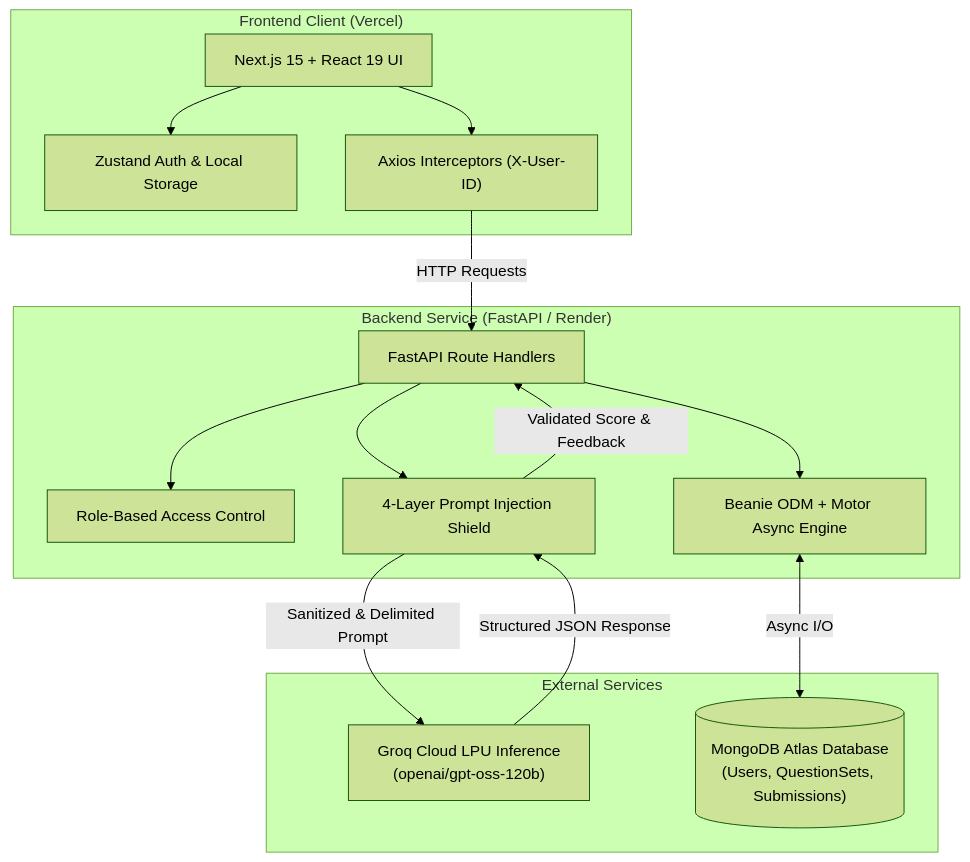
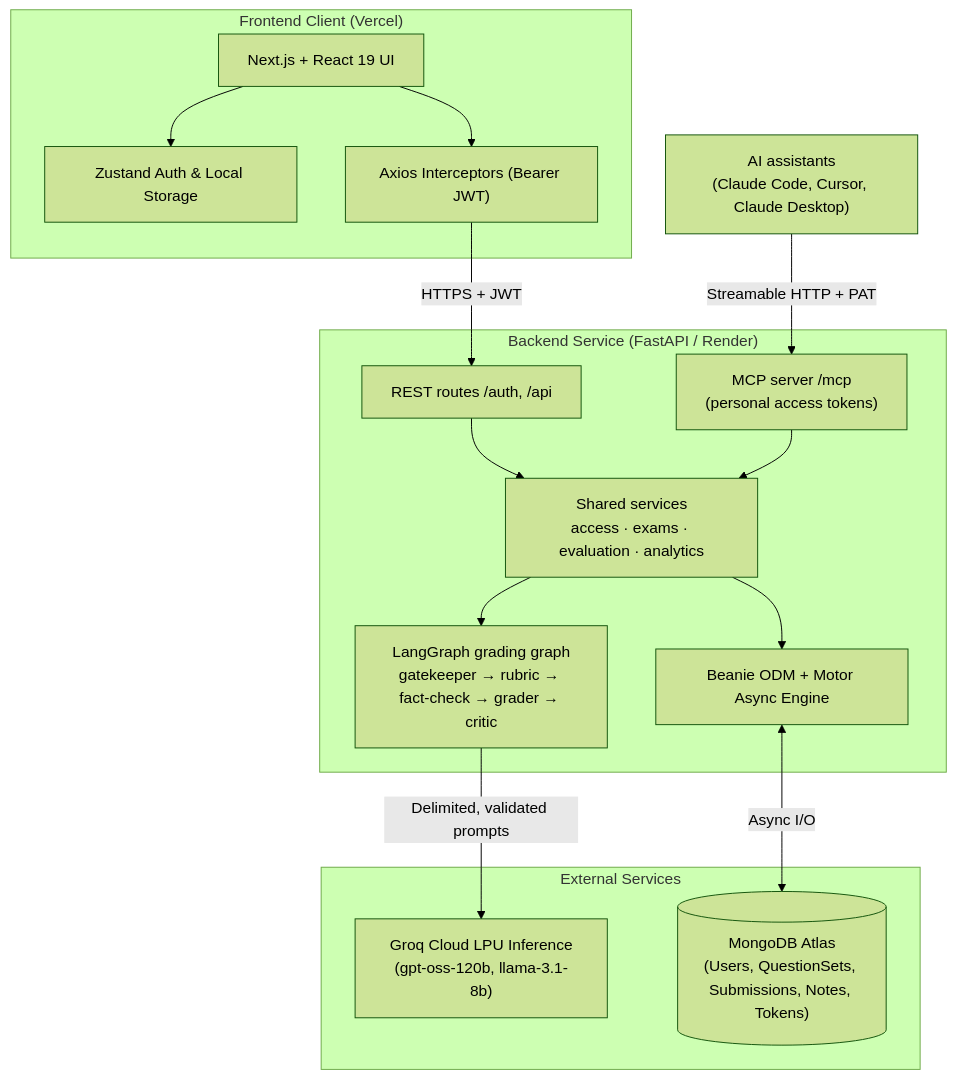
One commit to Ayan13sp/perception changed the diagram in README.md. Above: the diagram before and after it, drawn with Mermaid (forest theme). The commit also changed other lines of this file and 3 other files, not shown here.

````diff
--- a/README.md
+++ b/README.md
@@ -49,31 +49,34 @@
 ```mermaid
 flowchart TD
     subgraph Client["Frontend Client (Vercel)"]
-        UI["Next.js 15 + React 19 UI"]
+        UI["Next.js + React 19 UI"]
         State["Zustand Auth & Local Storage"]
-        Interceptors["Axios Interceptors (X-User-ID)"]
+        Interceptors["Axios Interceptors (Bearer JWT)"]
     end
 
+    Assistants["AI assistants\n(Claude Code, Cursor, Claude Desktop)"]
+
     subgraph Server["Backend Service (FastAPI / Render)"]
-        Router["FastAPI Route Handlers"]
-        AuthMid["Role-Based Access Control"]
-        Defense["4-Layer Prompt Injection Shield"]
+        Router["REST routes /auth, /api"]
+        MCP["MCP server /mcp\n(personal access tokens)"]
+        Services["Shared services\naccess · exams · evaluation · analytics"]
+        Graph["LangGraph grading graph\ngatekeeper → rubric → fact-check → grader → critic"]
         ODM["Beanie ODM + Motor Async Engine"]
     end
 
     subgraph External["External Services"]
-        Groq["Groq Cloud LPU Inference\n(openai/gpt-oss-120b)"]
-        Mongo[("MongoDB Atlas Database\n(Users, QuestionSets, Submissions)")]
+        Groq["Groq Cloud LPU Inference\n(gpt-oss-120b, llama-3.1-8b)"]
+        Mongo[("MongoDB Atlas\n(Users, QuestionSets, Submissions, Notes, Tokens)")]
     end
 
     UI --> State
     UI --> Interceptors
-    Interceptors -->|HTTP Requests| Router
-    Router --> AuthMid
-    Router --> ODM
+    Interceptors -->|HTTPS + JWT| Router
+    Assistants -->|Streamable HTTP + PAT| MCP
+    Router --> Services
+    MCP --> Services
+    Services --> Graph
+    Services --> ODM
     ODM <-->|Async I/O| Mongo
-    Router --> Defense
-    Defense -->|Sanitized & Delimited Prompt| Groq
-    Groq -->|Structured JSON Response| Defense
-    Defense -->|Validated Score & Feedback| Router
+    Graph -->|Delimited, validated prompts| Groq
 ```
````
